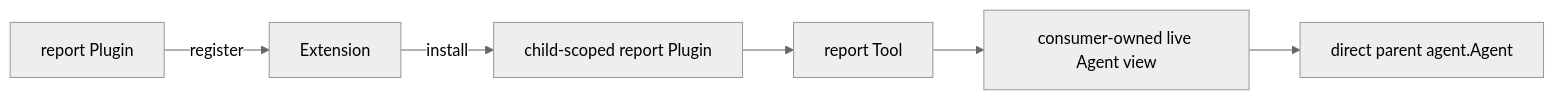
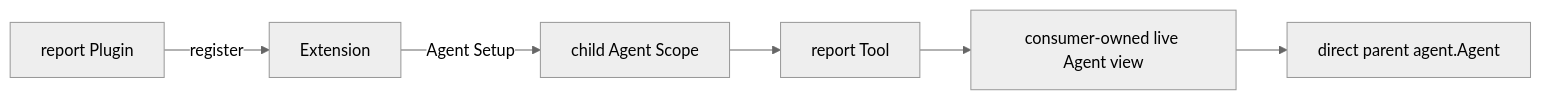
The diagram in subagent/tools/report/README.zh-CN.md (gorenx/goren), drawn with Mermaid (neutral theme) before and after one commit. The commit also changed other lines of this file and 29 other files, not shown here.

Commit message:
docs(agent): record plugin-neutral lifecycle design

````diff
--- a/subagent/tools/report/README.zh-CN.md
+++ b/subagent/tools/report/README.zh-CN.md
@@ -5,8 +5,8 @@
 ```mermaid
 flowchart LR
     Host[report Plugin] -->|register| Extension
-    Extension -->|install| Child[child-scoped report Plugin]
-    Child --> Tool[report Tool]
+    Extension -->|Agent Setup| Scope[child Agent Scope]
+    Scope --> Tool[report Tool]
     Tool --> Registry[consumer-owned live Agent view]
     Registry --> Parent[direct parent agent.Agent]
 ```
````
